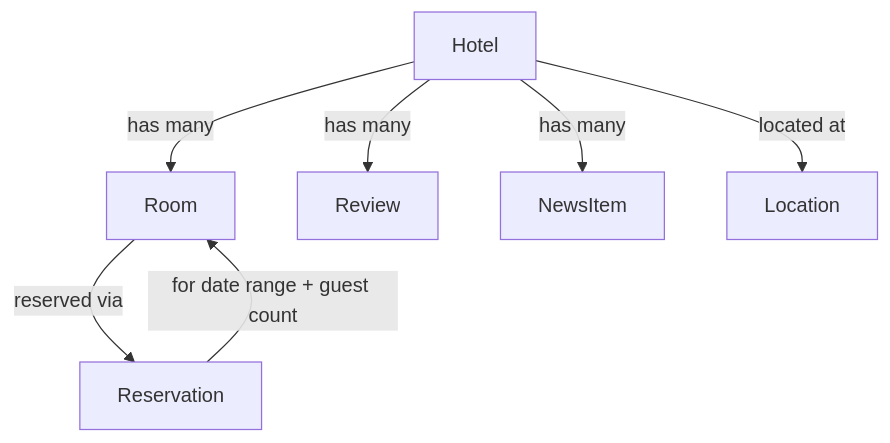
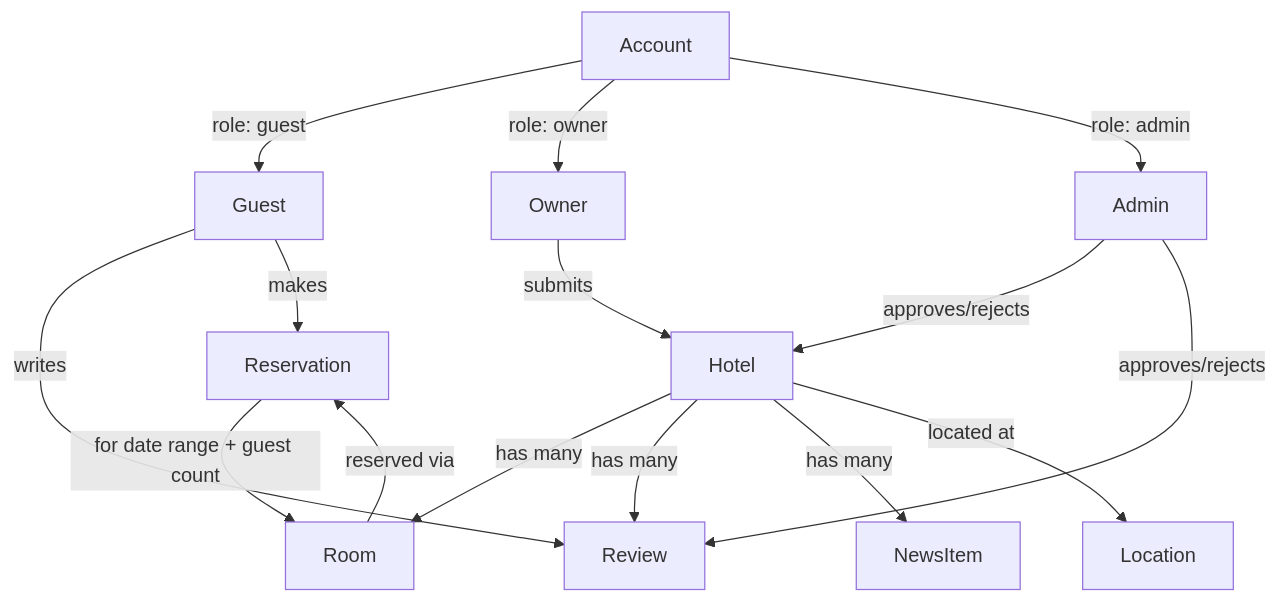
The diagram in .design/main/specifications/l1-platform-foundation.md (teratron/booking), drawn with Mermaid before and after one commit. The commit also changed other lines of this file and 11 other files, not shown here.

````diff
--- a/.design/main/specifications/l1-platform-foundation.md
+++ b/.design/main/specifications/l1-platform-foundation.md
@@ -101,9 +101,17 @@
 ```mermaid
 graph TD
+    Account -->|role: guest| Guest
+    Account -->|role: owner| Owner
+    Account -->|role: admin| Admin
+    Owner -->|submits| Hotel
     Hotel -->|has many| Room
+    Guest -->|writes| Review
     Hotel -->|has many| Review
     Hotel -->|has many| NewsItem
     Hotel -->|located at| Location
     Room -->|reserved via| Reservation
+    Guest -->|makes| Reservation
     Reservation -->|for date range + guest count| Room
+    Admin -->|approves/rejects| Hotel
+    Admin -->|approves/rejects| Review
 ```
````
